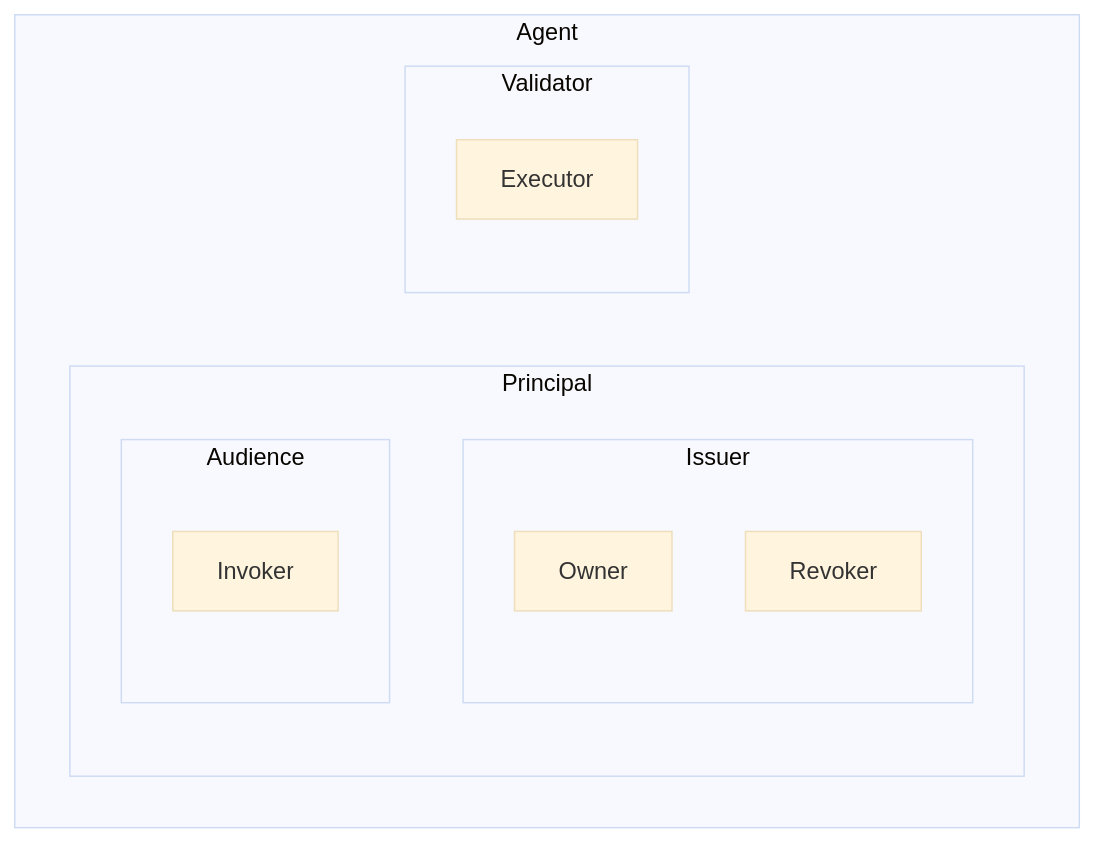
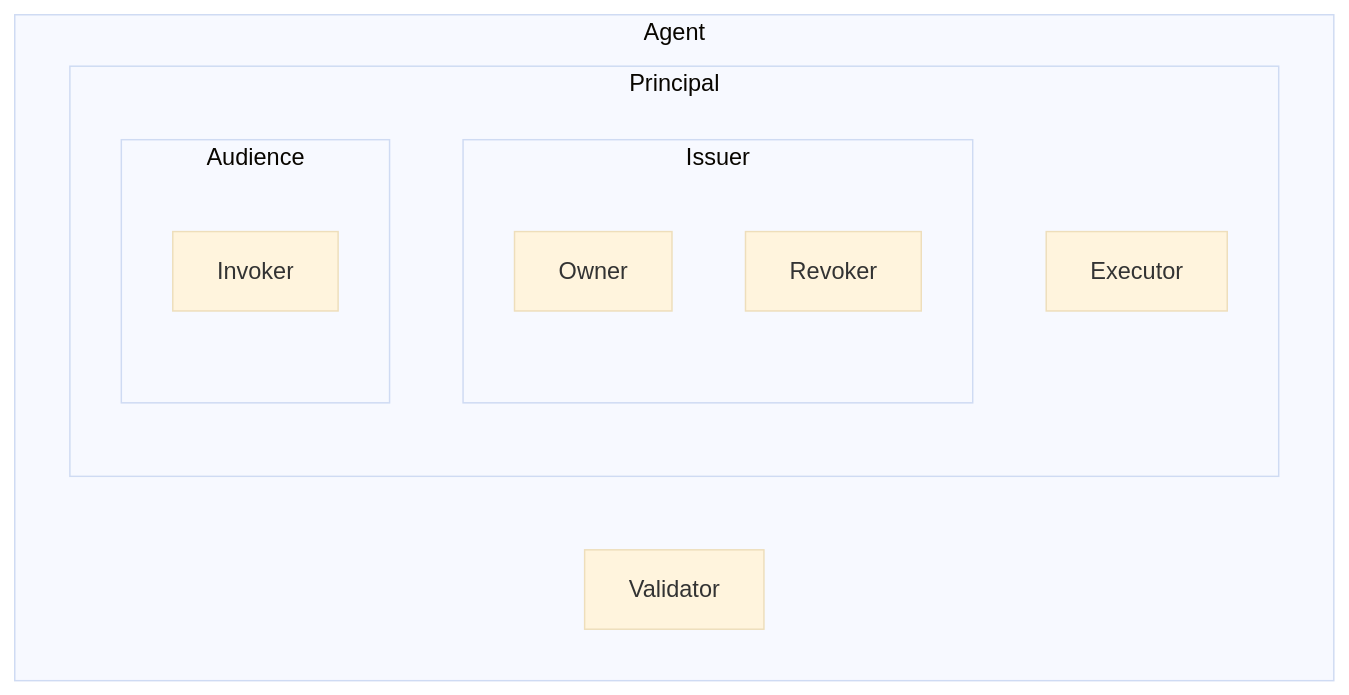
Before and after one commit to michielbdejong/spec: the fifth of 5 diagrams in README.md, drawn with Mermaid (base theme). The commit also changed other lines of this file, not shown here.

````diff
--- a/README.md
+++ b/README.md
@@ -290,23 +278,23 @@
 ``` mermaid
 flowchart TD
     subgraph Agent
         subgraph Principal
             direction TB
 
             subgraph Issuer
                 direction TB
                 
                 Owner
                 Revoker
             end
 
             subgraph Audience
                 Invoker
             end
+
+            Executor
         end
 
-        subgraph Validator
-            Executor
-        end
+        Validator
     end
 ```
````
